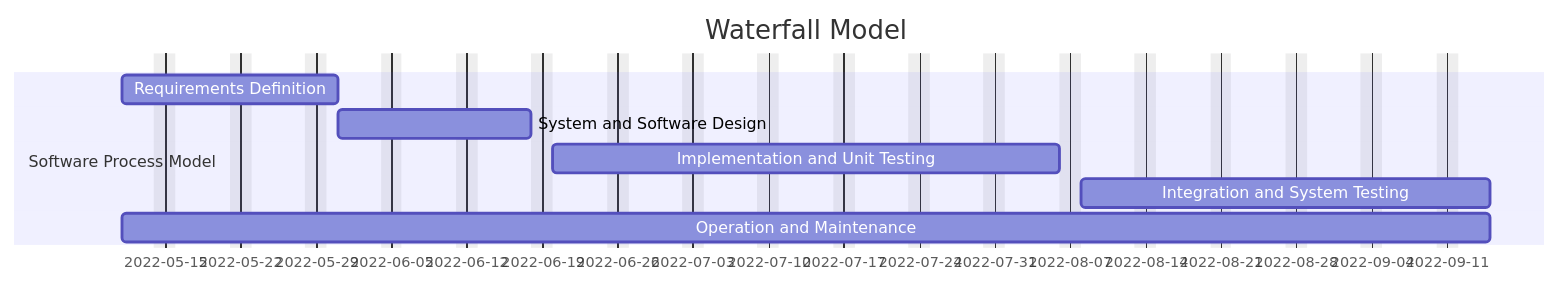
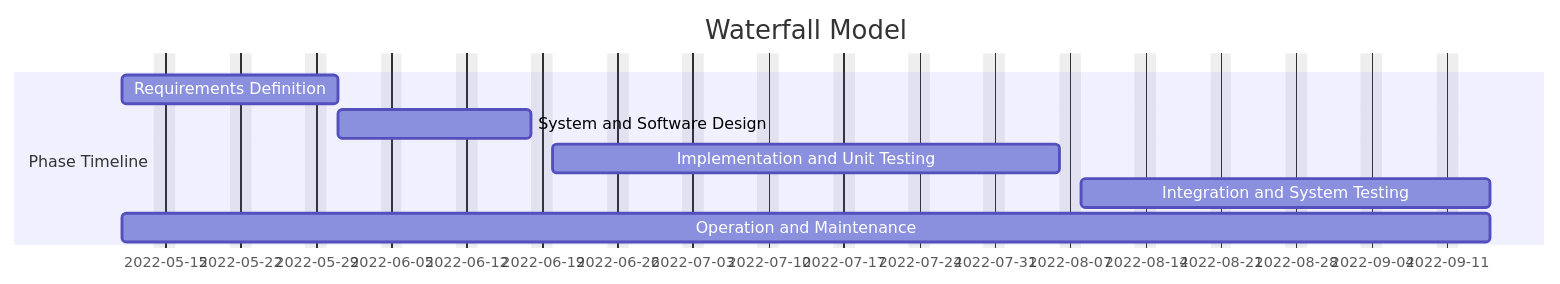
The diagram in ngo_waterfall.md (ngot8/APC_Lab2), drawn with Mermaid before and after one commit.

````diff
--- a/ngo_waterfall.md
+++ b/ngo_waterfall.md
@@ -1,13 +1,13 @@
 ```mermaid
 gantt
 dateFormat  YYYY-MM-DD
 title Waterfall Model
 excludes  weekends
 
-section Software Process Model
+section Phase Timeline
 Requirements Definition               :         des1, 2022-05-11, 2022-05-31
 System and Software Design            :         des2, 2022-05-31, 2w
 Implementation and Unit Testing       :         des3, after des2, 5w
 Integration and System Testing        :         des4, after des3, 4w
 Operation and Maintenance             :         des5, 2022-05-11, 13w
 ```
````
